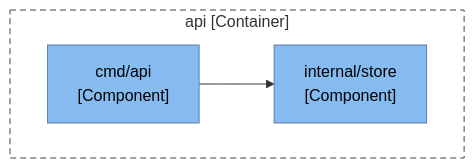
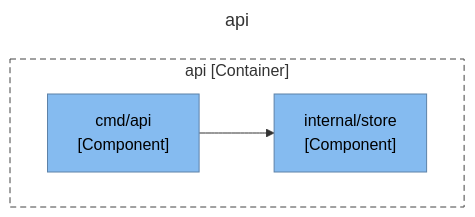
The second of 3 diagrams in tests/golden/go_mod/output/ArchitectureReport.md (ythalorossy/architecture-skills), drawn with Mermaid before and after one commit. The commit also changed other lines of this file and 56 other files, not shown here.

First line of the commit message:
feat(c4): title every diagram and add one Key to the report

````diff
--- a/tests/golden/go_mod/output/ArchitectureReport.md
+++ b/tests/golden/go_mod/output/ArchitectureReport.md
@@ -52,16 +66,19 @@
 ```mermaid
+---
+title: "api"
+---
 flowchart TB
     subgraph boundary["api [Container]"]
         cmd_api["cmd/api<br/>[Component]"]
         internal_store["internal/store<br/>[Component]"]
     end
     cmd_api --> internal_store
     classDef person fill:#08427b,stroke:#052e56,color:#ffffff
     classDef container fill:#1168bd,stroke:#0b4884,color:#ffffff
     classDef system fill:#1168bd,stroke:#0b4884,color:#ffffff
     classDef component fill:#85bbf0,stroke:#5d82a8,color:#000000
     classDef external fill:#999999,stroke:#6b6b6b,color:#ffffff
     classDef shared fill:#dbe9f6,stroke:#5d82a8,color:#000000,stroke-dasharray:4 3
     class cmd_api,internal_store component
     style boundary fill:none,stroke:#444444,stroke-dasharray:6 4
 ```
````
